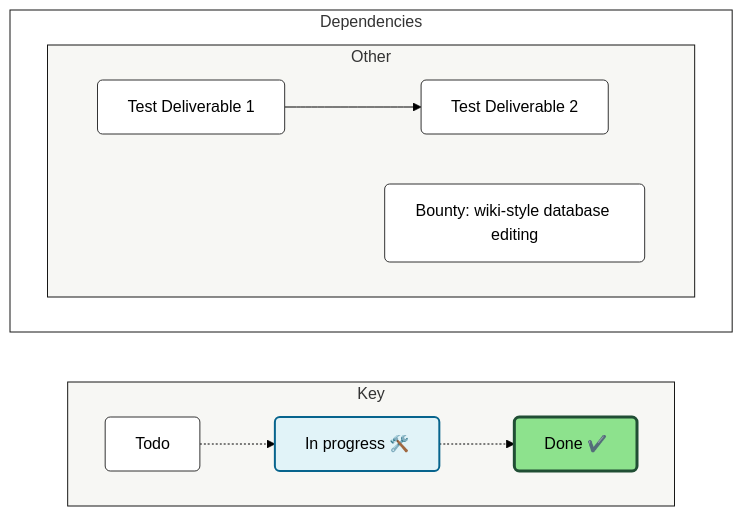
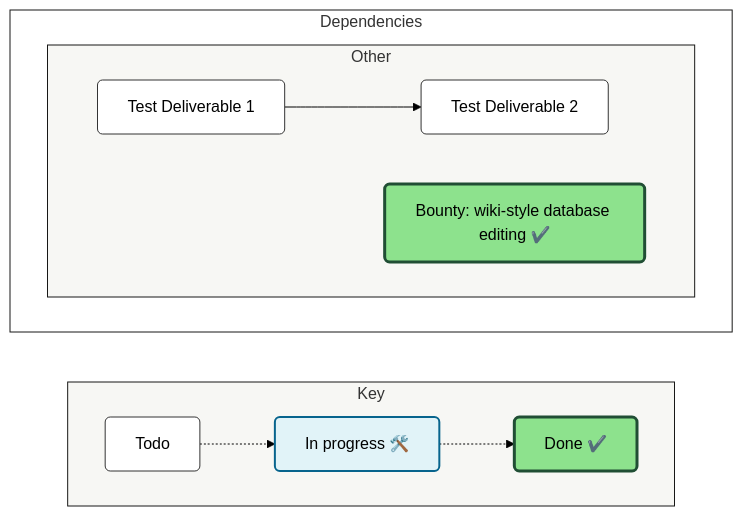
The diagram in documentation/dependencies.md (simpler-coop/simpler-template), drawn with Mermaid (forest theme) before and after one commit.

Commit message:
docs: Update dependencies.md with dependency diagram [skip ci]

````diff
--- a/documentation/dependencies.md
+++ b/documentation/dependencies.md
@@ -7,49 +7,49 @@
 ```mermaid
 
 flowchart LR
 
   %% ─────────────────────────────
   %% Styles
   %% ─────────────────────────────
   classDef default fill:#fff,stroke:#333,stroke-width:1px,color:#000,rx:5,ry:5
   classDef InProgress fill:#e1f3f8,stroke:#07648d,stroke-width:2px,color:#000
   classDef Done fill:#8DE28D,stroke:#204e34,stroke-width:3px,color:#000
   style Canvas fill:transparent,stroke:#171716
   style Legend fill:#F7F7F4,stroke:#171716
   style other fill:#F7F7F4,stroke:#171716
 
   %% ─────────────────────────────
   %% Legend
   %% ─────────────────────────────
   subgraph Legend["Key"]
     direction LR
     k1["Todo"]
     k2["In progress 🛠️ "]:::InProgress
     k3["Done ✔️"]:::Done
 
     k1 -.-> k2 -.-> k3
   end
 
   %% ─────────────────────────────
   %% Main canvas
   %% ─────────────────────────────
   subgraph Canvas["Dependencies"]
     direction LR
 
 
     subgraph other["Other"]
     direction LR
         simpler-coop/simpler-template#1["Test Deliverable 1"]
         simpler-coop/simpler-template#3["Test Deliverable 2"]
-        simpler-coop/simpler-template#4["Bounty: wiki-style database editing"]
+        simpler-coop/simpler-template#4["Bounty: wiki-style database editing ✔️"]:::Done
     end
 
 
     %% ─────────────────────────────
     %% Relationships
     %% ─────────────────────────────
     simpler-coop/simpler-template#1 --> simpler-coop/simpler-template#3
 
   end
 
 ```
````
